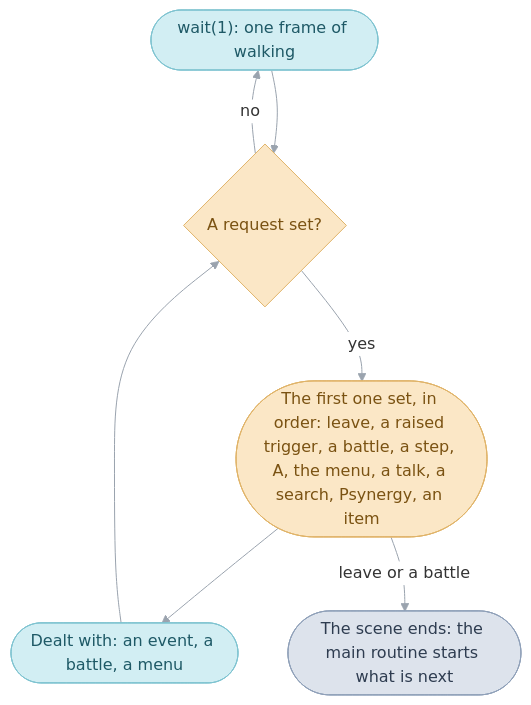
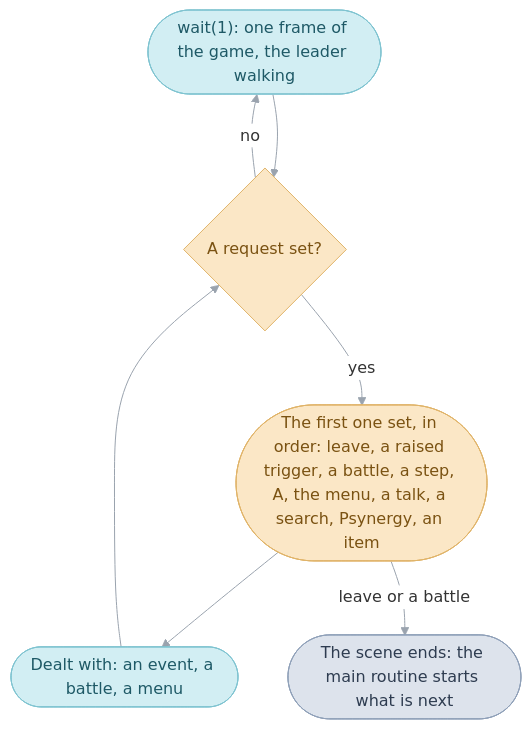
The diagram in games/tbs/field.md (PascalPixel/alchemy), drawn with Mermaid before and after one commit. The commit also changed other lines of this file and 3 other files, not shown here.

````diff
--- a/games/tbs/field.md
+++ b/games/tbs/field.md
@@ -39,16 +43,16 @@
 ```mermaid
 %%{init: {"theme": "base", "themeVariables": {"lineColor": "#9AA3AE", "edgeLabelBackground": "#FFFFFF"}, "flowchart": {"curve": "basis", "padding": 12}}}%%
 flowchart TD
-  walk(["wait(1): one frame of walking"]) --> any{"A request set?"}
+  walk(["wait(1): one frame of the game, the leader walking"]) --> any{"A request set?"}
   any -- no --> walk
   any -- yes --> first(["The first one set, in order: leave, a raised trigger, a battle, a step, A, the menu, a talk, a search, Psynergy, an item"])
   first --> handle(["Dealt with: an event, a battle, a menu"])
   handle --> any
   first -- "leave or a battle" --> ends(["The scene ends: the main routine starts what is next"])
   classDef frame fill:#D2EEF3,stroke:#7FC3D0,color:#1E5966
   classDef request fill:#FBE7C6,stroke:#E0B46A,color:#7A5212
   classDef mainRoutine fill:#DDE3EC,stroke:#8FA0B8,color:#2E3C50
   class walk,handle frame
   class any,first request
   class ends mainRoutine
 ```
````
